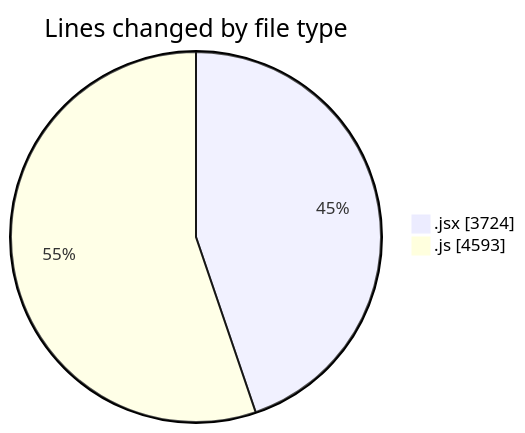
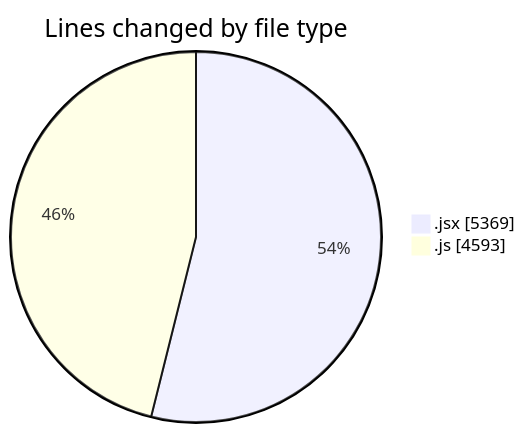
The first of 2 diagrams in 2025-07-19/nxtqube_webapp/README.md (nxtqubesakshisongat/code-tracking), drawn with Mermaid before and after one commit. The commit also changed other lines of this file and 1 other file, not shown here.

````diff
--- a/2025-07-19/nxtqube_webapp/README.md
+++ b/2025-07-19/nxtqube_webapp/README.md
@@ -32,6 +34,6 @@
 ```mermaid
 pie showData
 title Lines changed by file type
-".jsx" : 3724
+".jsx" : 5369
 ".js" : 4593
 ```
````
